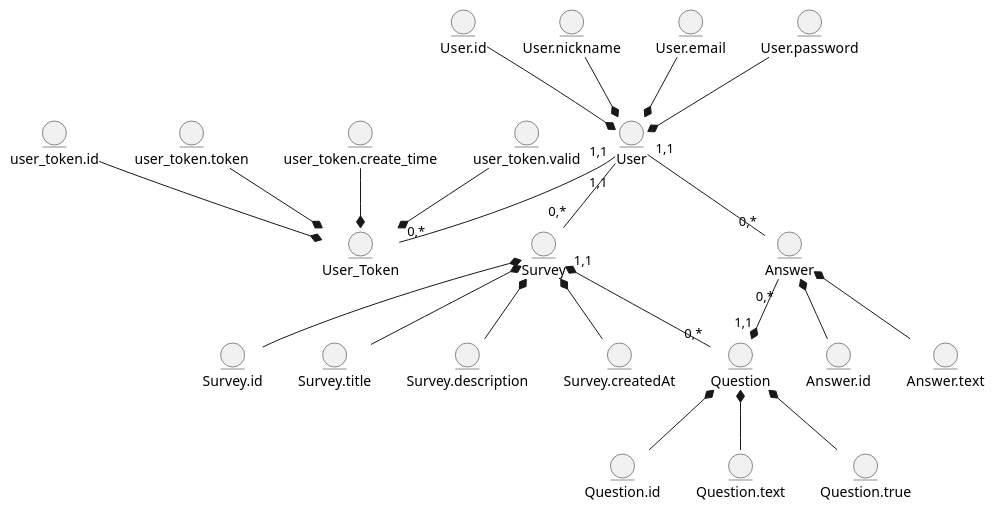
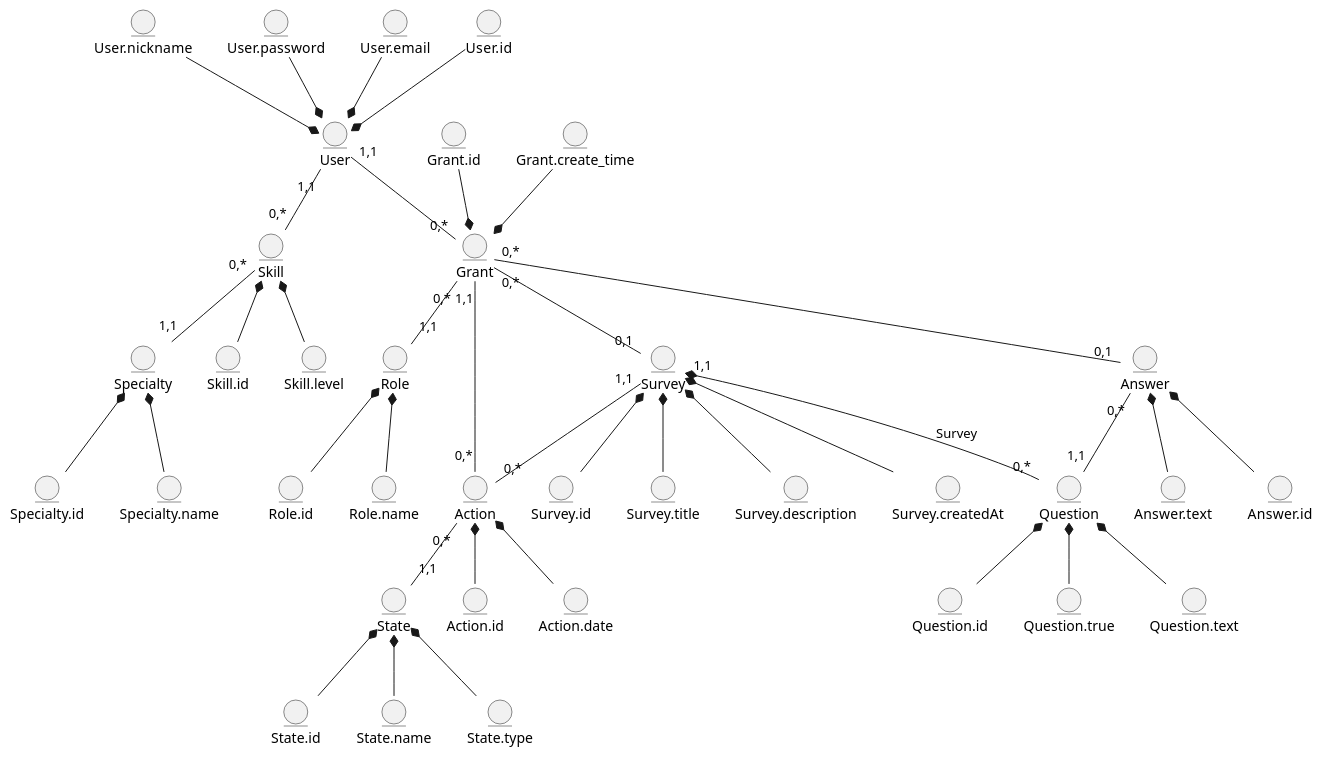
The first of 2 diagrams in docs/design/README.md (shmatkoden/db-course-theme1), drawn with PlantUML before and after one commit. The commit also changed other lines of this file and 3 other files, not shown here.

```diff
--- a/docs/design/README.md
+++ b/docs/design/README.md
@@ -11,74 +8,108 @@
 @startuml
 
-    entity User
-    entity Survey
-    entity Question
-    entity Answer
-    entity User_Token
-    
+  entity User 
+  entity User.nickname 
+  entity User.password 
+  entity User.email 
+  entity User.id 
 
-    
-    User "1,1"--"0,*" Answer
-    User "1,1"--"0,*" User_Token
-    User "1,1"--"0,*" Survey
-    Survey "1,1"*--"0,*" Question
-    Answer "0,*"--*"1,1" Question
-    
+  entity Skill  
+  entity Skill.id 
+  entity Skill.level 
 
-    entity User.id
-    entity User.nickname
-    entity User.email
-    entity User.password
-    
-   
-    entity user_token.id
-    entity user_token.token
-    entity user_token.create_time
-    entity user_token.valid
-    
+  entity Specialty 
+  entity Specialty.id 
+  entity Specialty.name 
 
+  entity Grant 
+  entity Grant.id 
+  entity Grant.create_time 
 
-    
+  entity Role  
+  entity Role.id 
+  entity Role.name 
+  
 
-    entity Survey.id
-    entity Survey.title
-    entity Survey.description
-    entity Survey.createdAt
+  entity Survey 
+  entity Survey.id 
+  entity Survey.title 
+  entity Survey.description 
+  entity Survey.createdAt 
 
-    entity Question.id
-    entity Question.text
-    entity Question.true
+  entity Question 
+  entity Question.id 
+  entity Question.true 
+  entity Question.text 
 
-    entity Answer.id
-    entity Answer.text
+  entity Answer  
+  entity Answer.id 
+  entity Answer.text 
+  
+  entity Action 
+  entity Action.id 
+  entity Action.date 
+  
+  entity State  
+  entity State.id 
+  entity State.name 
+  entity State.type
 
-    
-    
-    user_token.id --* User_Token
-    user_token.token --* User_Token
-    user_token.create_time --* User_Token
-    user_token.valid --* User_Token
+  User.nickname -d-* User 
+  User.password -d-* User
+  User.email -d-* User
+  User.id -d-* User
+  
 
-    User.id --* User
-    User.nickname --* User
-    User.email --* User
-    User.password --* User
+  User "1,1" -- "0,*" Grant
+  User "1,1" -- "0,*" Skill
 
+  Grant.id --* Grant
+  Grant.create_time --* Grant 
 
+  Grant "0,*" -- "1,1" Role
 
+  Skill.id -u-* Skill
+  Skill.level -u-* Skill
 
-    Survey *-- Survey.id
-    Survey *-- Survey.title
-    Survey *-- Survey.description
-    Survey *-- Survey.createdAt
+  Skill "0,*" -- "1,1" Specialty
 
-    Question *-- Question.id
-    Question *-- Question.text
-    Question *-- Question.true
+  Specialty.id -u-* Specialty
+  Specialty.name -u-* Specialty
 
-    Answer *-- Answer.id
-    Answer *-- Answer.text
+  Role.id -u-* Role
+  Role.name -u-* Role
 
+  Survey "0,1" -u- "0,*" Grant
+  
+  Survey.id -u-* Survey
+  Survey.title -u-* Survey
+  Survey.description -u-* Survey
+  Survey.createdAt -u-* Survey
 
+  Question "0,*" -u-* "1,1" Survey:Survey
+  
+  Question.id -u-* Question
+  Question.true -u-* Question 
+  Question.text -u-* Question
+
+  Question "1,1" -u- "0,*" Answer
+
+  Answer.id -u-* Answer
+  Answer.text -u-* Answer
+  
+  Answer "0,1" -u- "0,*" Grant
+  
+  Action.id -u-* Action
+  Action.date -u-* Action
+  
+  Action "0,*" -u- "1,1" Survey
+  Action "0,*" -u- "1,1" Grant
+  
+  State.id -u-* State
+  State.name -u-* State
+  State.type -u-* State
+  
+  State "1,1" -u- "0,*" Action
+  
 
 @enduml
```
